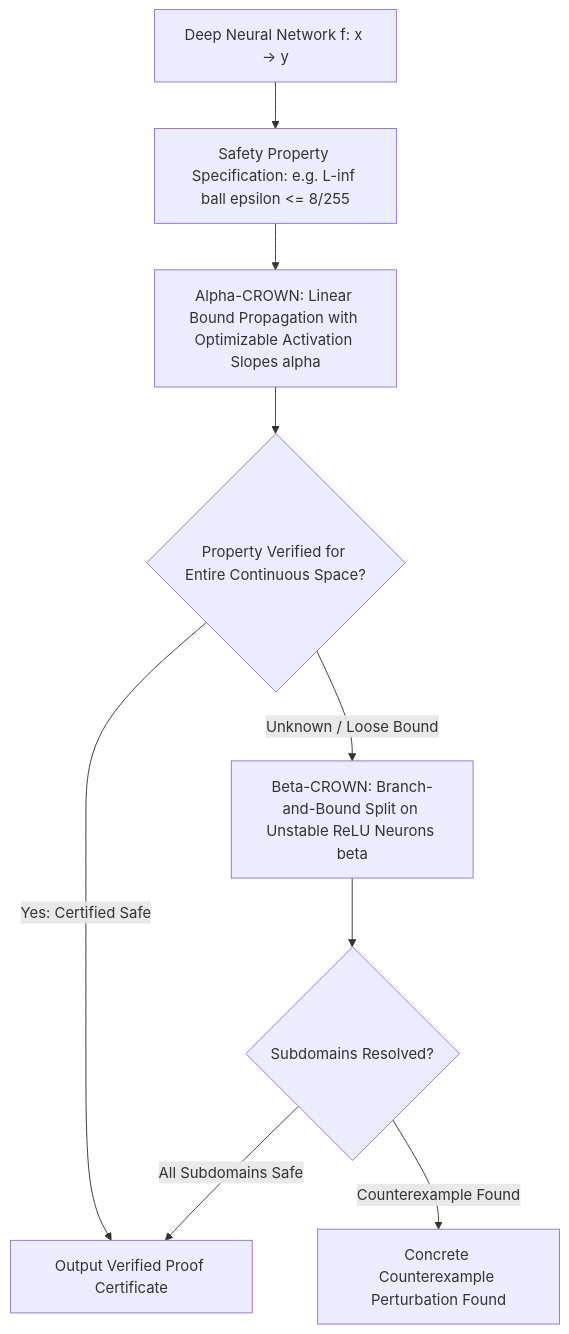
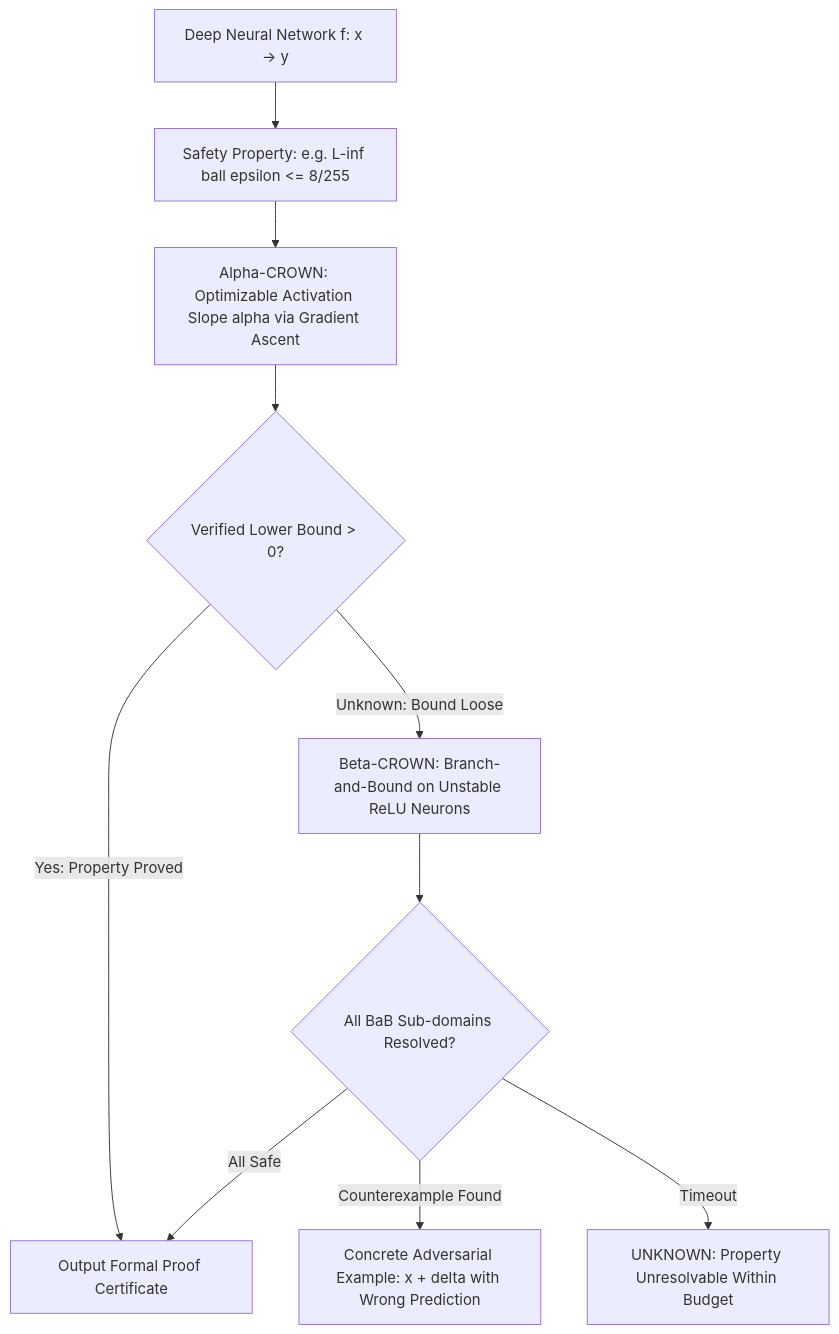
Before and after one commit to sergiomh499/cv-projects: the diagram in topics/safety-verification-and-robustness/03-formal-bounds-and-open-problems.md, drawn with Mermaid. The commit also changed other lines of this file and 51 other files, not shown here.

````diff
--- a/topics/safety-verification-and-robustness/03-formal-bounds-and-open-problems.md
+++ b/topics/safety-verification-and-robustness/03-formal-bounds-and-open-problems.md
@@ -27,12 +27,12 @@
 ```mermaid
 flowchart TD
-    NN["Deep Neural Network f: x -> y"] --> Prop["Safety Property Specification: e.g. L-inf ball epsilon <= 8/255"]
-    Prop --> AlphaCROWN["Alpha-CROWN: Linear Bound Propagation with Optimizable Activation Slopes alpha"]
-    AlphaCROWN --> Check{"Property Verified for Entire Continuous Space?"}
-    Check -->|Yes: Certified Safe| Proof["Output Verified Proof Certificate"]
-    Check -->|Unknown / Loose Bound| BetaCROWN["Beta-CROWN: Branch-and-Bound Split on Unstable ReLU Neurons beta"]
-    BetaCROWN --> CheckSplit{"Subdomains Resolved?"}
-    CheckSplit -->|All Subdomains Safe| Proof
-    CheckSplit -->|Counterexample Found| CE["Concrete Counterexample Perturbation Found"]
-
+    NN["Deep Neural Network f: x -> y"] --> Prop["Safety Property: e.g. L-inf ball epsilon <= 8/255"]
+    Prop --> AlphaCROWN["Alpha-CROWN: Optimizable Activation Slope alpha via Gradient Ascent"]
+    AlphaCROWN --> Check{"Verified Lower Bound > 0?"}
+    Check -->|Yes: Property Proved| Proof["Output Formal Proof Certificate"]
+    Check -->|Unknown: Bound Loose| BetaCROWN["Beta-CROWN: Branch-and-Bound on Unstable ReLU Neurons"]
+    BetaCROWN --> CheckSplit{"All BaB Sub-domains Resolved?"}
+    CheckSplit -->|All Safe| Proof
+    CheckSplit -->|Counterexample Found| CE["Concrete Adversarial Example: x + delta with Wrong Prediction"]
+    CheckSplit -->|Timeout| Unknown["UNKNOWN: Property Unresolvable Within Budget"]
 ```
````
